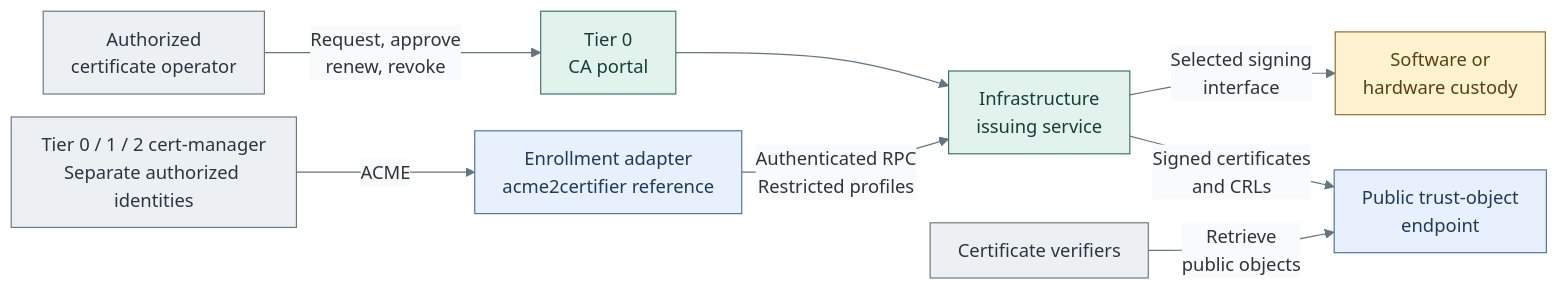
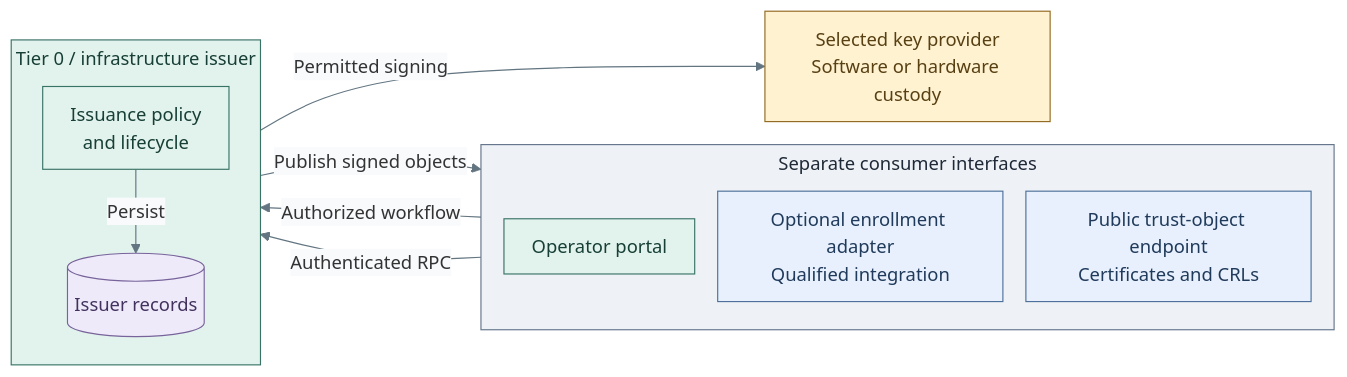
One commit to Rexus/homelab changed the second of 3 diagrams in docs/01-architecture/08-cryptography/01-certificate-authority.md. Above: the diagram before and after it, drawn with Mermaid. The commit also changed other lines of this file and 279 other files, not shown here.

````diff
--- a/docs/01-architecture/08-cryptography/01-certificate-authority.md
+++ b/docs/01-architecture/08-cryptography/01-certificate-authority.md
@@ -82,20 +82,31 @@
 ```mermaid
 %%{init: {"theme":"base","flowchart":{"nodeSpacing":20,"rankSpacing":24,"padding":12,"subGraphTitleMargin":{"top":4,"bottom":12}},"themeVariables":{"lineColor":"#627581","edgeLabelBackground":"#f8fafc"}}}%%
 flowchart LR
-  Operator["Authorized<br/>certificate operator"] -->|Request, approve<br/>renew, revoke| Portal["Tier 0<br/>CA portal"]
-  Clusters["Tier 0 / 1 / 2 cert-manager<br/>Separate authorized identities"] -->|ACME| Bridge["Enrollment adapter<br/>acme2certifier reference"]
-  Portal --> Issuer["Infrastructure<br/>issuing service"]
-  Bridge -->|Authenticated RPC<br/>Restricted profiles| Issuer
-  Issuer -->|Selected signing<br/>interface| Keys["Software or<br/>hardware custody"]
-  Issuer -->|Signed certificates<br/>and CRLs| Publication["Public trust-object<br/>endpoint"]
-  Clients["Certificate verifiers"] -->|Retrieve<br/>public objects| Publication
+  subgraph Access["Separate consumer interfaces"]
+    direction TB
+    Portal["Operator portal"]
+    Bridge["Optional enrollment adapter<br/>Qualified integration"]
+    Publication["Public trust-object endpoint<br/>Certificates and CRLs"]
+  end
+  subgraph Authority["Tier 0 / infrastructure issuer"]
+    direction TB
+    Issuer["Issuance policy<br/>and lifecycle"]
+    Records[("Issuer records")]
+    Issuer -->|Persist| Records
+  end
+  Portal -->|Authorized workflow| Issuer
+  Bridge -->|Authenticated RPC| Issuer
+  Issuer -->|Publish signed objects| Publication
+  Issuer -->|Permitted signing| Keys["Selected key provider<br/>Software or hardware custody"]
   classDef default fill:#f8fafc,stroke:#64748b,color:#1f2937
-  classDef actor fill:#edf0f3,stroke:#697682,color:#293642
   classDef control fill:#e2f3ed,stroke:#397366,color:#173f36
   classDef services fill:#e7f0fc,stroke:#4d719b,color:#203a5b
   classDef custody fill:#fff2d1,stroke:#926820,color:#584013
-  class Operator,Clusters,Clients actor
-  class Portal,Issuer control
+  classDef boundary fill:#eef2f6,stroke:#64748b,color:#1f2937
+  classDef data fill:#eeeafa,stroke:#78639b,color:#42325d
+  class Access boundary
+  class Authority,Portal,Issuer control
   class Bridge,Publication services
   class Keys custody
+  class Records data
 ```
````
